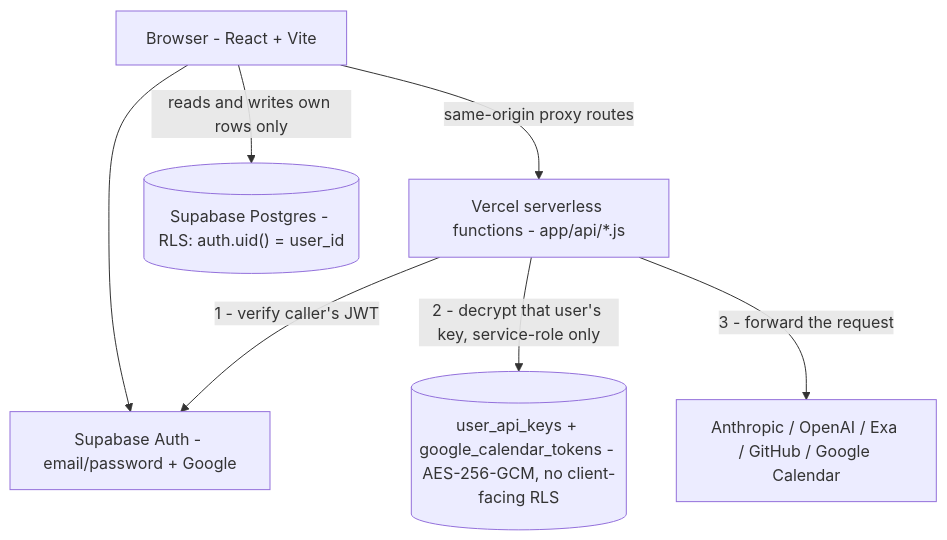
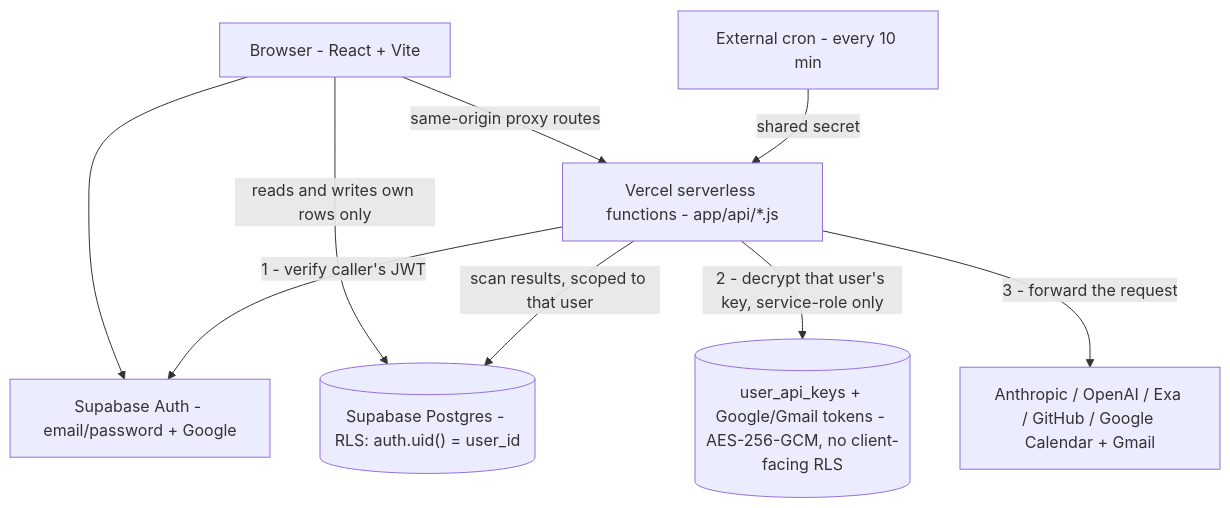
Before and after one commit to esaba12/recruiting-tool: the diagram in README.md, drawn with Mermaid. The commit also changed other lines of this file and 3 other files, not shown here.

````diff
--- a/README.md
+++ b/README.md
@@ -60,16 +70,19 @@
 ```mermaid
 flowchart TD
     B["Browser - React + Vite"]
+    CRON["External cron - every 10 min"]
     AUTH["Supabase Auth - email/password + Google"]
     FN["Vercel serverless functions - app/api/*.js"]
     PG[("Supabase Postgres - RLS: auth.uid() = user_id")]
-    KEYS[("user_api_keys + google_calendar_tokens - AES-256-GCM, no client-facing RLS")]
-    EXT["Anthropic / OpenAI / Exa / GitHub / Google Calendar"]
+    KEYS[("user_api_keys + Google/Gmail tokens - AES-256-GCM, no client-facing RLS")]
+    EXT["Anthropic / OpenAI / Exa / GitHub / Google Calendar + Gmail"]
 
     B --> AUTH
     B -->|"reads and writes own rows only"| PG
     B -->|"same-origin proxy routes"| FN
+    CRON -->|"shared secret"| FN
     FN -->|"1 - verify caller's JWT"| AUTH
     FN -->|"2 - decrypt that user's key, service-role only"| KEYS
     FN -->|"3 - forward the request"| EXT
+    FN -->|"scan results, scoped to that user"| PG
 ```
````
